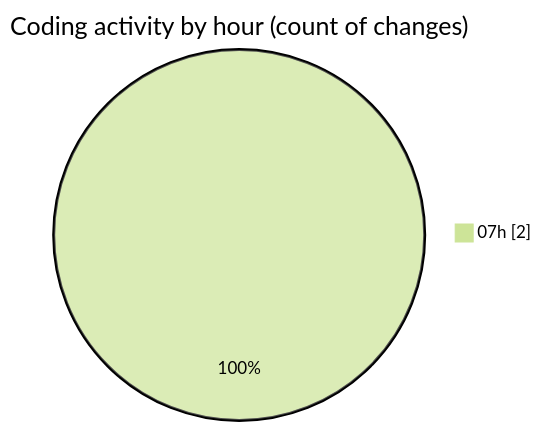
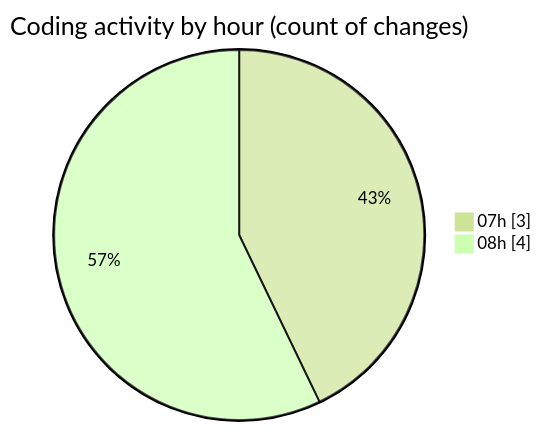
One commit to MatusMokan/code-tracking changed the second of 2 diagrams in 2025-05-07/myws__workspace_/README.md. Above: the diagram before and after it, drawn with Mermaid (forest theme). The commit also changed other lines of this file and 1 other file, not shown here.

````diff
--- a/2025-05-07/myws__workspace_/README.md
+++ b/2025-05-07/myws__workspace_/README.md
@@ -28,5 +28,6 @@
 ```mermaid
 pie showData
 title Coding activity by hour (count of changes)
-"07h" : 2
+"07h" : 3
+"08h" : 4
 ```
````
